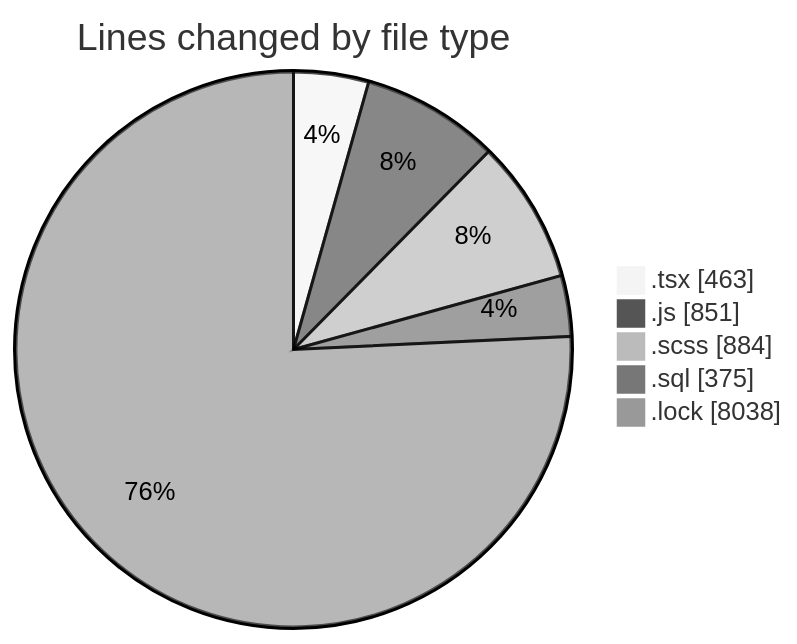
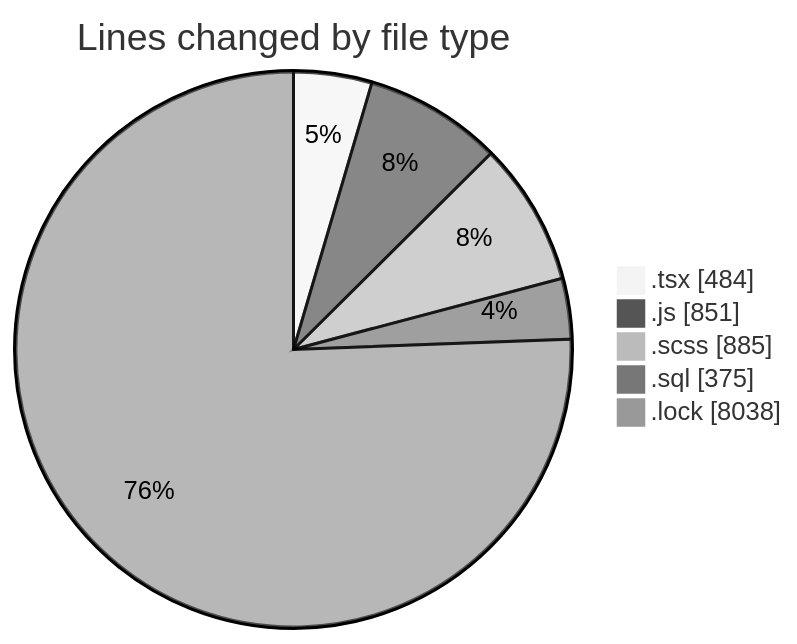
The first of 2 diagrams in 2025-03-18/cda/README.md (momahboobian/code-tracking), drawn with Mermaid (neutral theme) before and after one commit. The commit also changed other lines of this file and 1 other file, not shown here.

````diff
--- a/2025-03-18/cda/README.md
+++ b/2025-03-18/cda/README.md
@@ -30,9 +30,9 @@
 ```mermaid
 pie showData
 title Lines changed by file type
-".tsx" : 463
+".tsx" : 484
 ".js" : 851
-".scss" : 884
+".scss" : 885
 ".sql" : 375
 ".lock" : 8038
 ```
````
